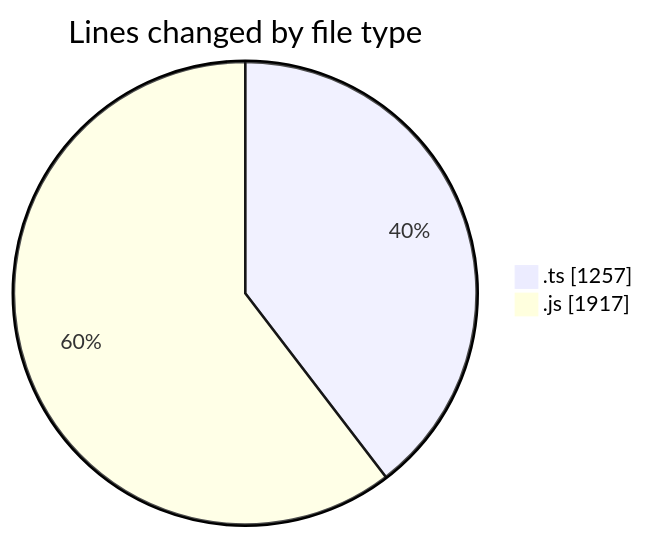
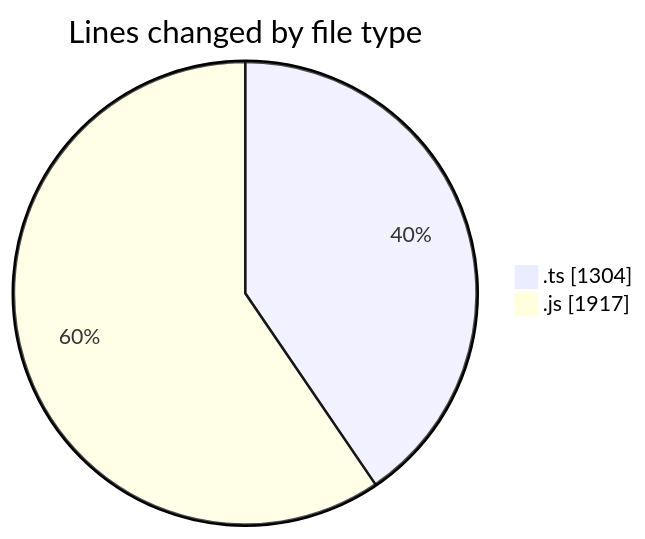
The first of 2 diagrams in 2025-07-29/cda/README.md (momahboobian/code-tracking), drawn with Mermaid before and after one commit. The commit also changed other lines of this file and 1 other file, not shown here.

````diff
--- a/2025-07-29/cda/README.md
+++ b/2025-07-29/cda/README.md
@@ -23,6 +23,6 @@
 ```mermaid
 pie showData
 title Lines changed by file type
-".ts" : 1257
+".ts" : 1304
 ".js" : 1917
 ```
````
